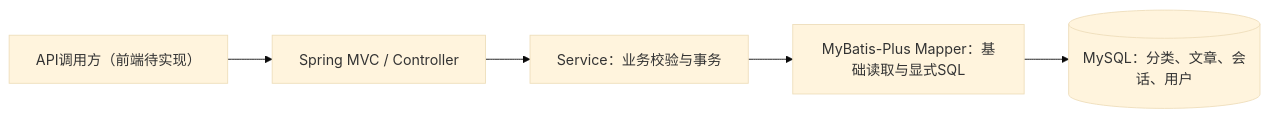
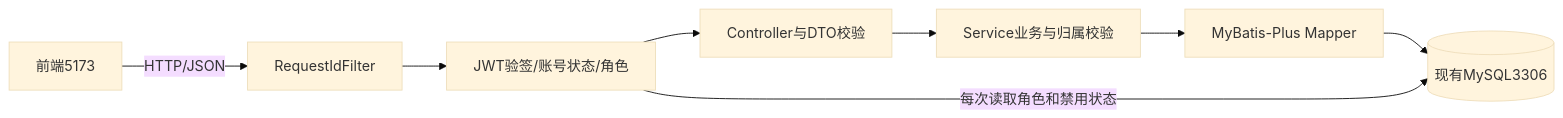
The diagram in docs/architecture.md (saborpunk/-AI-), drawn with Mermaid (base theme) before and after one commit. The commit also changed other lines of this file and 46 other files, not shown here.

````diff
--- a/docs/architecture.md
+++ b/docs/architecture.md
@@ -7,7 +5,10 @@
 ```mermaid
 flowchart LR
-    C["API调用方（前端待实现）"] --> W["Spring MVC / Controller"]
-    W --> S["Service：业务校验与事务"]
-    S --> M["MyBatis-Plus Mapper：基础读取与显式SQL"]
-    M --> D[("MySQL：分类、文章、会话、用户")]
+    F[前端5173] -->|HTTP/JSON| R[RequestIdFilter]
+    R --> J[JWT验签/账号状态/角色]
+    J --> C[Controller与DTO校验]
+    C --> S[Service业务与归属校验]
+    S --> M[MyBatis-Plus Mapper]
+    M --> D[(现有MySQL3306)]
+    J -->|每次读取角色和禁用状态| D
 ```
````
